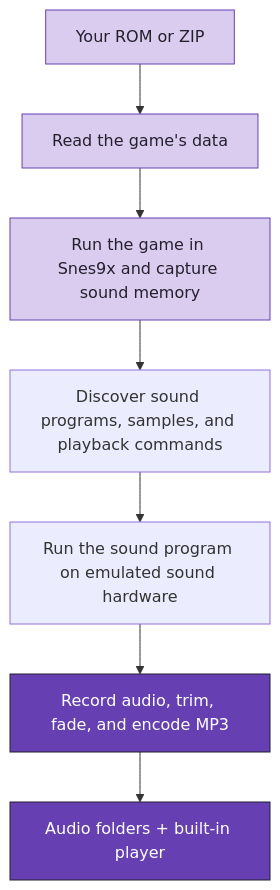
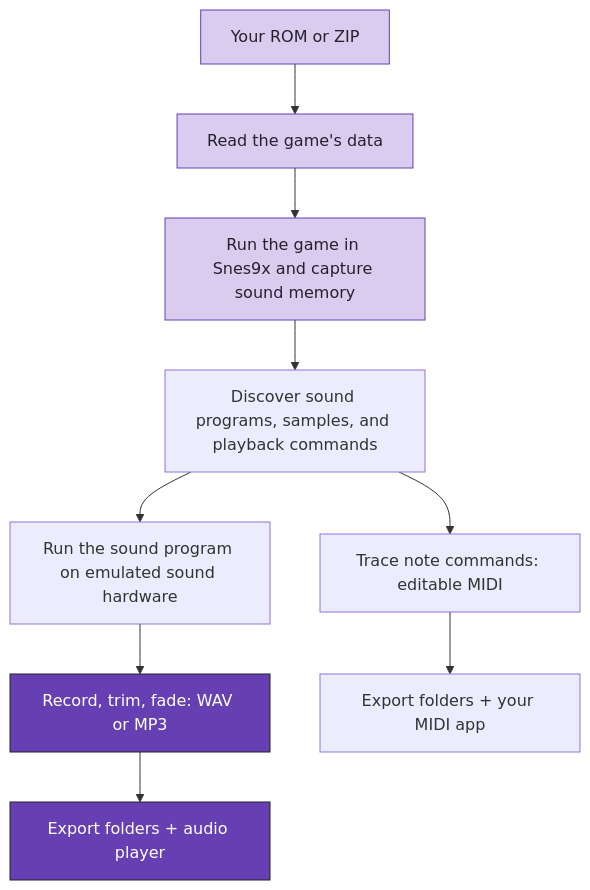
Before and after one commit to punchbrotv/snes-audio-ripper-macos: the diagram in README.md, drawn with Mermaid. The commit also changed other lines of this file and 29 other files, not shown here.

Commit message:
Add WAV and experimental MIDI export alongside MP3

````diff
--- a/README.md
+++ b/README.md
@@ -68,13 +78,15 @@
 ```mermaid
 flowchart TD
     A["Your ROM or ZIP"] --> B["Read the game's data"]
     B --> C["Run the game in Snes9x and capture sound memory"]
     C --> D["Discover sound programs, samples, and playback commands"]
     D --> E["Run the sound program on emulated sound hardware"]
-    E --> F["Record audio, trim, fade, and encode MP3"]
-    F --> G["Audio folders + built-in player"]
+    E --> F["Record, trim, fade: WAV or MP3"]
+    D --> M["Trace note commands: editable MIDI"]
+    F --> G["Export folders + audio player"]
+    M --> H["Export folders + your MIDI app"]
     classDef input fill:#d9ccef,stroke:#6640b2,color:#24212f
     classDef output fill:#6640b2,stroke:#24212f,color:#fff
     class A,B,C input
     class F,G output
 ```
````
